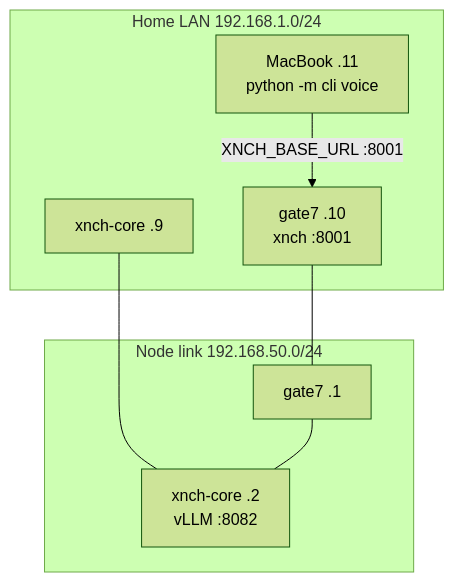
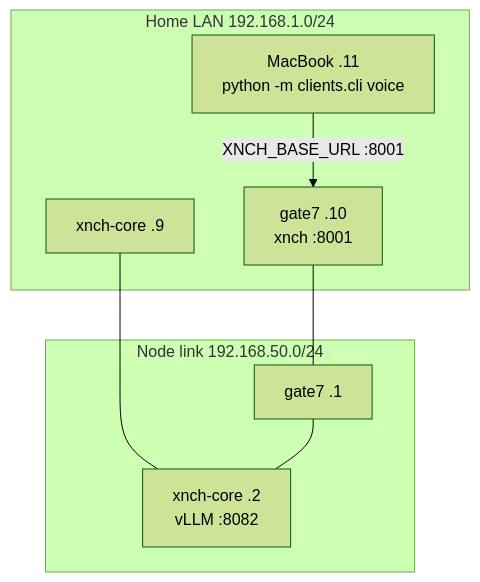
The first of 2 diagrams in docs/guides/nexi-voice-mac-client.md (x-nch/xnchSystems), drawn with Mermaid (forest theme) before and after one commit. The commit also changed other lines of this file and 49 other files, not shown here.

````diff
--- a/docs/guides/nexi-voice-mac-client.md
+++ b/docs/guides/nexi-voice-mac-client.md
@@ -19,16 +19,16 @@
 ```mermaid
 flowchart TB
     subgraph HomeLAN["Home LAN 192.168.1.0/24"]
-        MAC["MacBook .11<br/>python -m cli voice"]
+        MAC["MacBook .11<br/>python -m clients.cli voice"]
         G7W["gate7 .10<br/>xnch :8001"]
         NBW["xnch-core .9"]
     end
     subgraph NodeLink["Node link 192.168.50.0/24"]
         G7N["gate7 .1"]
         NBN["xnch-core .2<br/>vLLM :8082"]
     end
     MAC -->|"XNCH_BASE_URL :8001"| G7W
     G7W --- G7N
     NBW --- NBN
     G7N --- NBN
 ```
````
